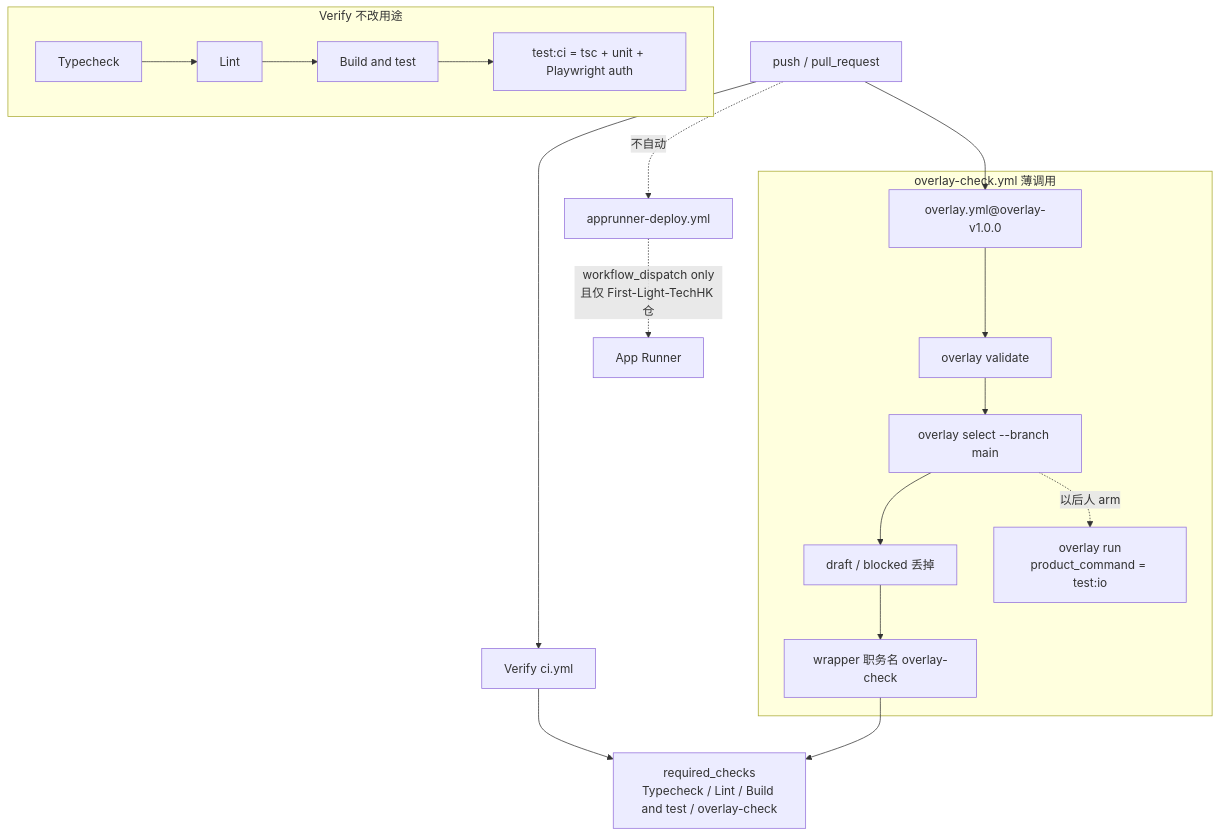
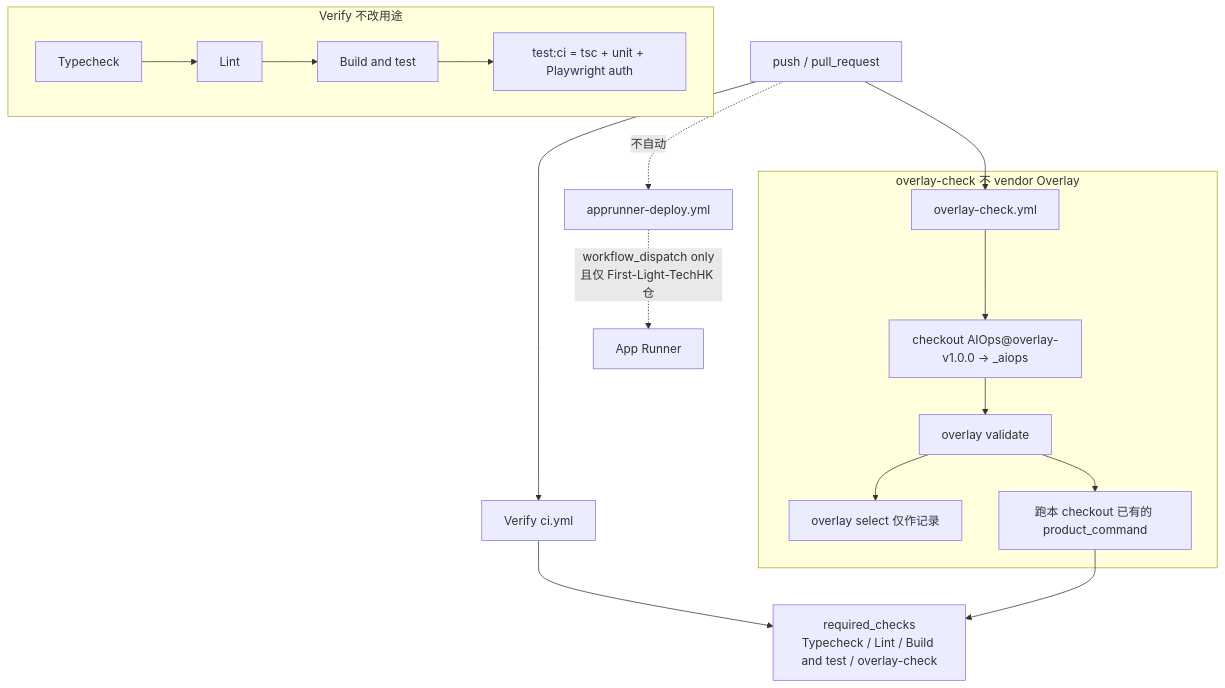
One commit to LibertychaserUS/LearningGuidePortal changed the second of 3 diagrams in docs/phase1/overlay-forge-brief.md. Above: the diagram before and after it, drawn with Mermaid. The commit also changed other lines of this file and 18 other files, not shown here.

First line of the commit message:
fix: native Overlay run; arm login/payment after I/O harness is ready (#4)

````diff
--- a/docs/phase1/overlay-forge-brief.md
+++ b/docs/phase1/overlay-forge-brief.md
@@ -113,25 +113,24 @@
 ```mermaid
 flowchart TD
     push["push / pull_request"] --> verify["Verify  ci.yml"]
-    push --> overlayCall["overlay.yml@overlay-v1.0.0"]
+    push --> overlayJob["overlay-check.yml"]
 
     subgraph verifyJobs["Verify 不改用途"]
         tc["Typecheck"] --> lint["Lint"]
         lint --> build["Build and test"]
         build --> testci["test:ci = tsc + unit + Playwright auth"]
     end
 
-    subgraph overlayJobs["overlay-check.yml 薄调用"]
-        overlayCall --> v["overlay validate"]
-        v --> s["overlay select --branch main"]
-        s --> drop["draft / blocked 丢掉"]
-        drop --> wrap["wrapper 职务名 overlay-check"]
-        s -.->|"以后人 arm"| run["overlay run\nproduct_command = test:io"]
+    subgraph overlayJobs["overlay-check 不 vendor Overlay"]
+        overlayJob --> checkoutTool["checkout AIOps@overlay-v1.0.0 → _aiops"]
+        checkoutTool --> v["overlay validate"]
+        v --> s["overlay select 仅作记录"]
+        v --> runExisting["跑本 checkout 已有的 product_command"]
     end
 
     verify --> gate["required_checks\nTypecheck / Lint / Build and test / overlay-check"]
-    wrap --> gate
+    runExisting --> gate
 
     deploy["apprunner-deploy.yml"] -.->|"workflow_dispatch only\n且仅 First-Light-TechHK 仓"| prod["App Runner"]
     push -.->|"不自动"| deploy
 ```
````
